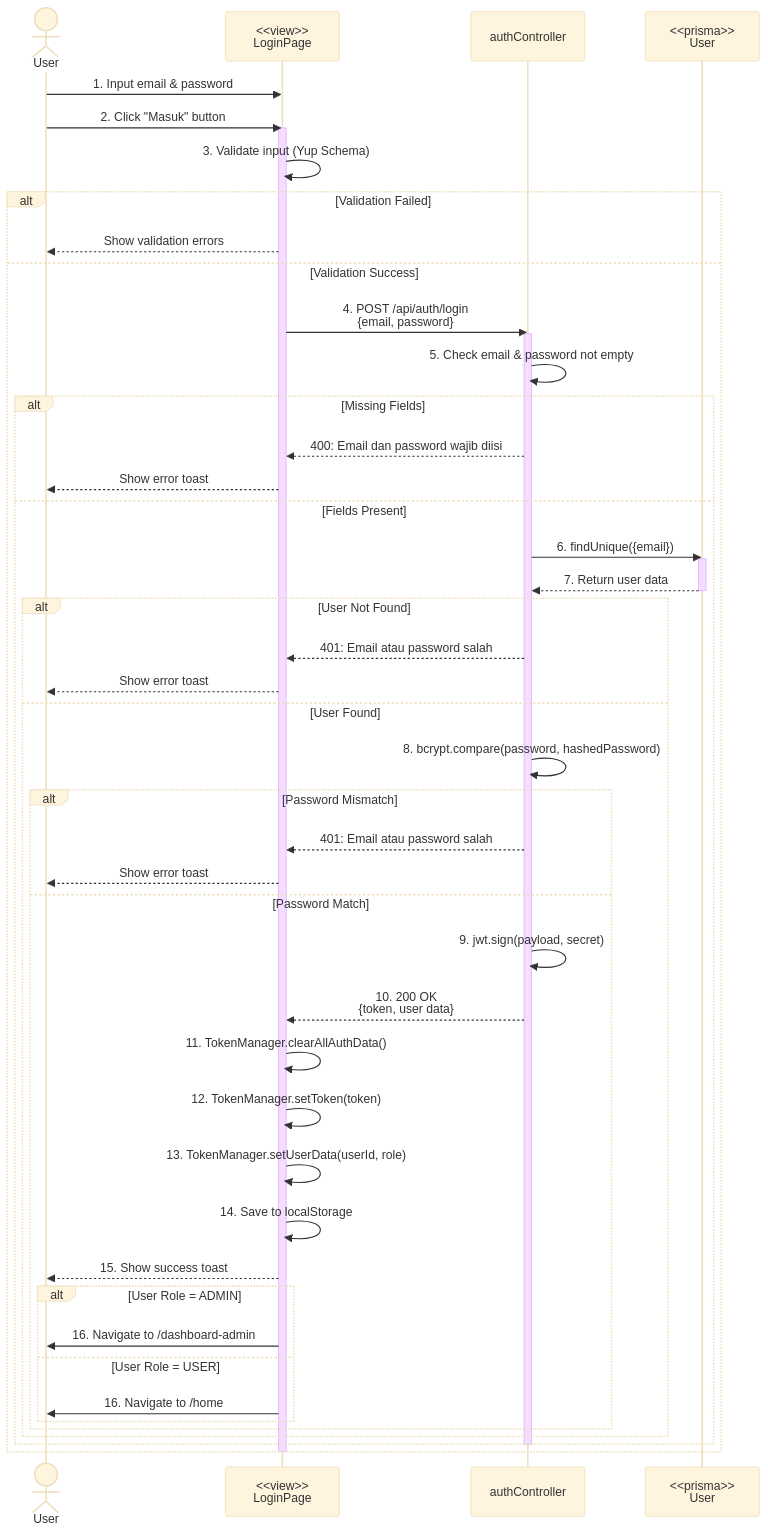
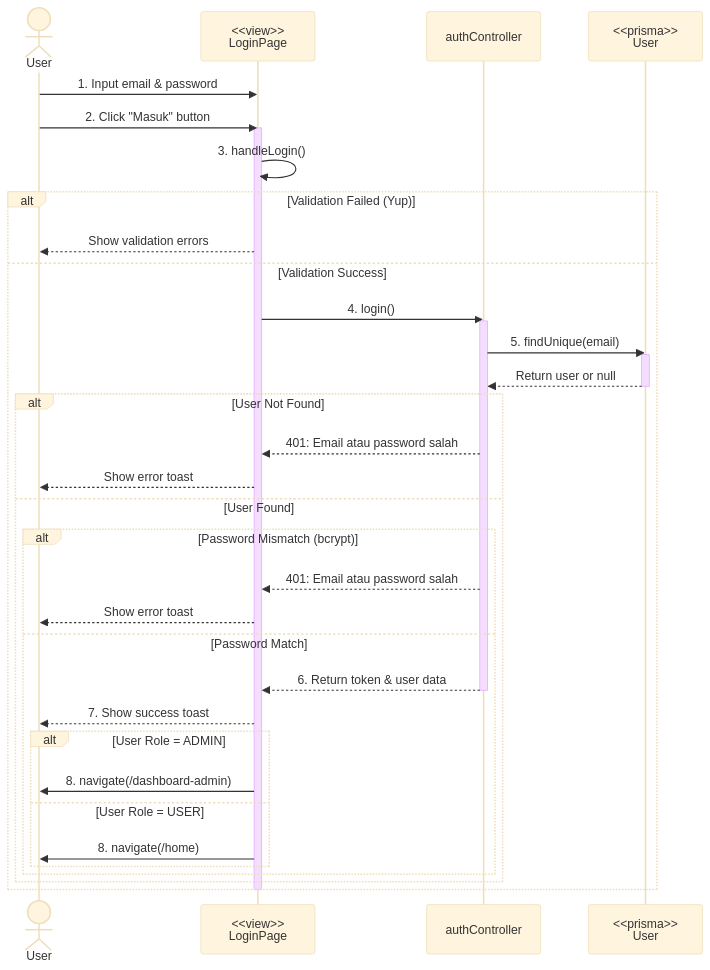
The diagram in LOGIN_FLOW_COMPLETE.md (StevanRevalino/Edupath), drawn with Mermaid (base theme) before and after one commit. The commit also changed 3 other files, not shown here.

Commit message:
Add complete documentation for the registration flow, including email verification and user registration process

````diff
--- a/LOGIN_FLOW_COMPLETE.md
+++ b/LOGIN_FLOW_COMPLETE.md
@@ -11,62 +11,48 @@
 ```mermaid
 sequenceDiagram
     actor User
     participant LoginPage as <<view>><br/>LoginPage
     participant AuthController as authController
     participant UserDB as <<prisma>><br/>User
 
     User->>LoginPage: 1. Input email & password
     User->>LoginPage: 2. Click "Masuk" button
 
     activate LoginPage
-    LoginPage->>LoginPage: 3. Validate input (Yup Schema)
+    LoginPage->>LoginPage: 3. handleLogin()
 
-    alt Validation Failed
+    alt Validation Failed (Yup)
         LoginPage-->>User: Show validation errors
     else Validation Success
-        LoginPage->>AuthController: 4. POST /api/auth/login<br/>{email, password}
+        LoginPage->>AuthController: 4. login()
 
         activate AuthController
-        AuthController->>AuthController: 5. Check email & password not empty
+        AuthController->>UserDB: 5. findUnique(email)
 
-        alt Missing Fields
-            AuthController-->>LoginPage: 400: Email dan password wajib diisi
+        activate UserDB
+        UserDB-->>AuthController: Return user or null
+        deactivate UserDB
+
+        alt User Not Found
+            AuthController-->>LoginPage: 401: Email atau password salah
             LoginPage-->>User: Show error toast
-        else Fields Present
-            AuthController->>UserDB: 6. findUnique({email})
-
-            activate UserDB
-            UserDB-->>AuthController: 7. Return user data
-            deactivate UserDB
-
-            alt User Not Found
+        else User Found
+            alt Password Mismatch (bcrypt)
                 AuthController-->>LoginPage: 401: Email atau password salah
                 LoginPage-->>User: Show error toast
-            else User Found
-                AuthController->>AuthController: 8. bcrypt.compare(password, hashedPassword)
+            else Password Match
+                AuthController-->>LoginPage: 6. Return token & user data
+                deactivate AuthController
 
-                alt Password Mismatch
-                    AuthController-->>LoginPage: 401: Email atau password salah
-                    LoginPage-->>User: Show error toast
-                else Password Match
-                    AuthController->>AuthController: 9. jwt.sign(payload, secret)
-                    AuthController-->>LoginPage: 10. 200 OK<br/>{token, user data}
+                LoginPage-->>User: 7. Show success toast
 
-                    LoginPage->>LoginPage: 11. TokenManager.clearAllAuthData()
-                    LoginPage->>LoginPage: 12. TokenManager.setToken(token)
-                    LoginPage->>LoginPage: 13. TokenManager.setUserData(userId, role)
-                    LoginPage->>LoginPage: 14. Save to localStorage
-                    LoginPage-->>User: 15. Show success toast
-
-                    alt User Role = ADMIN
-                        LoginPage->>User: 16. Navigate to /dashboard-admin
-                    else User Role = USER
-                        LoginPage->>User: 16. Navigate to /home
-                    end
+                alt User Role = ADMIN
+                    LoginPage->>User: 8. navigate(/dashboard-admin)
+                else User Role = USER
+                    LoginPage->>User: 8. navigate(/home)
                 end
             end
         end
-        deactivate AuthController
     end
     deactivate LoginPage
 ```
````
